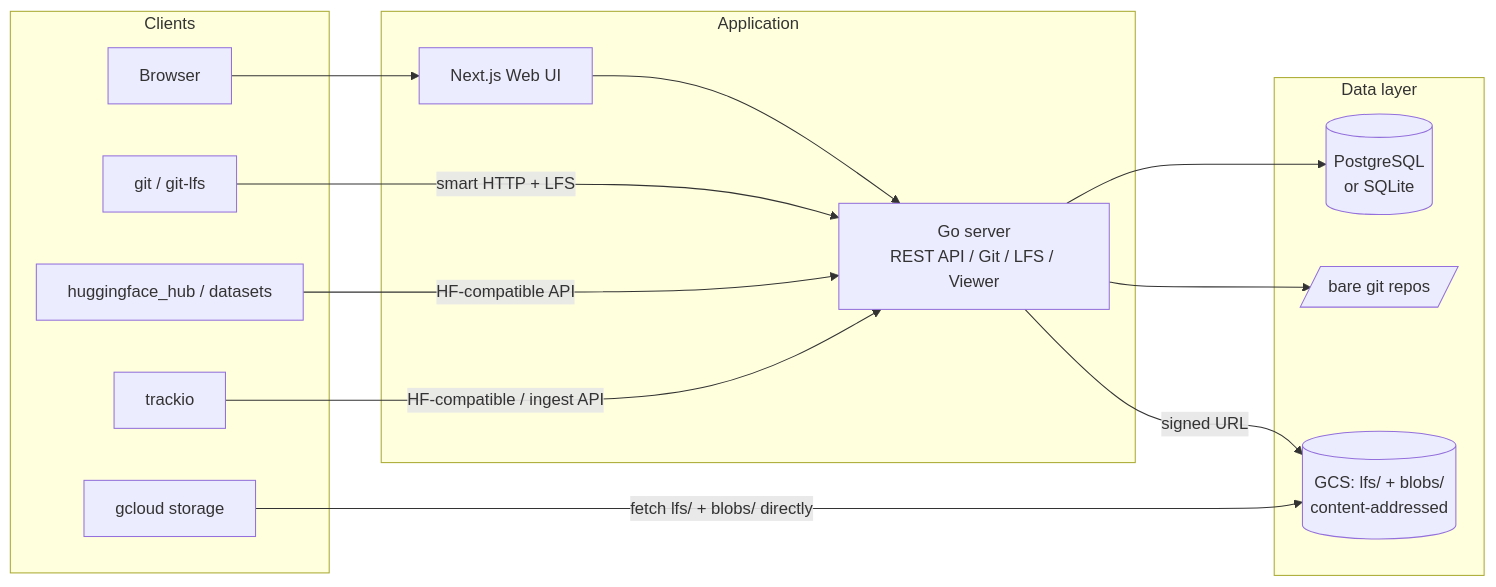
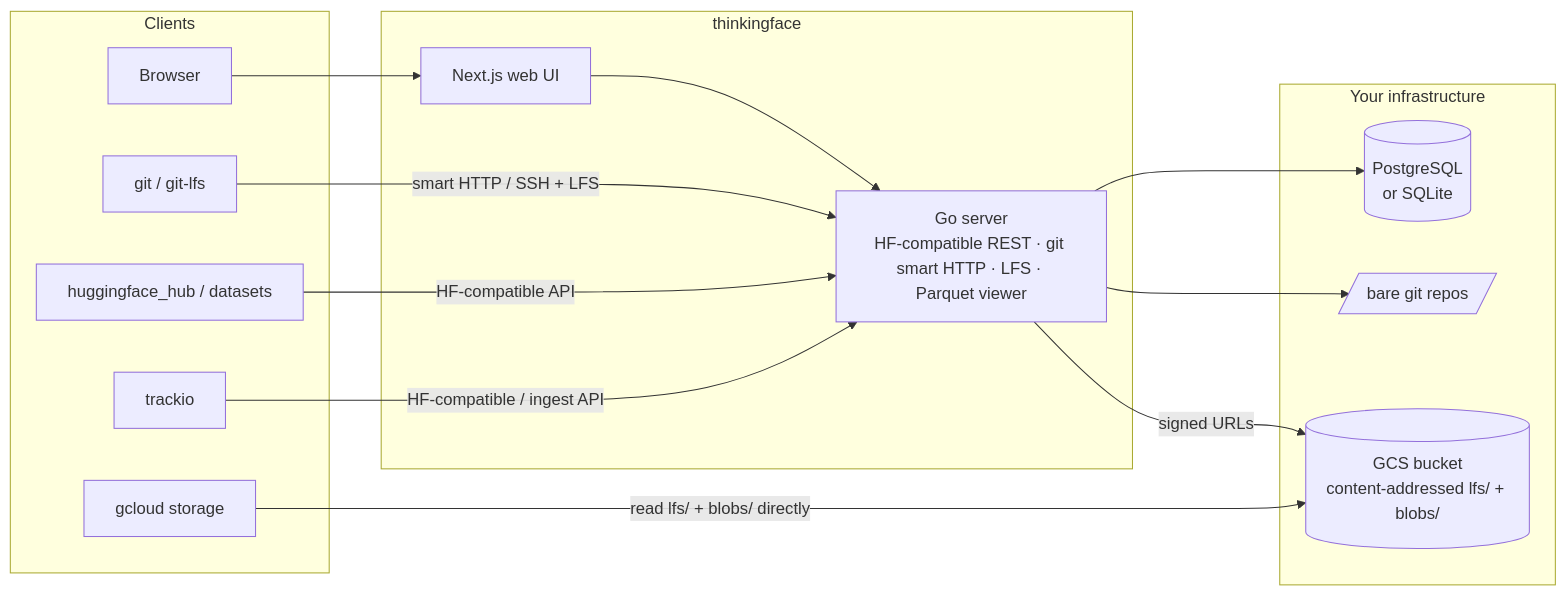
Before and after one commit to dotneet/thinkingface: the diagram in README.md, drawn with Mermaid. The commit also changed other lines of this file and 5 other files, not shown here.

````diff
--- a/README.md
+++ b/README.md
@@ -47,30 +131,30 @@
 ```mermaid
 flowchart LR
     subgraph clients[Clients]
         BR[Browser]
         GIT[git / git-lfs]
         PY[huggingface_hub / datasets]
         TR[trackio]
         GC[gcloud storage]
     end
 
-    subgraph app[Application]
-        WEB[Next.js Web UI]
-        API[Go server<br/>REST API / Git / LFS / Viewer]
+    subgraph app[thinkingface]
+        WEB[Next.js web UI]
+        API[Go server<br/>HF-compatible REST · git smart HTTP · LFS · Parquet viewer]
     end
 
-    subgraph data[Data layer]
+    subgraph data[Your infrastructure]
         PG[(PostgreSQL<br/>or SQLite)]
         REPO[/bare git repos/]
-        GCS[(GCS: lfs/ + blobs/<br/>content-addressed)]
+        GCS[(GCS bucket<br/>content-addressed lfs/ + blobs/)]
     end
 
     BR --> WEB --> API
-    GIT -->|smart HTTP + LFS| API
+    GIT -->|smart HTTP / SSH + LFS| API
     PY -->|HF-compatible API| API
     TR -->|HF-compatible / ingest API| API
     API --> PG
     API --> REPO
-    API -->|signed URL| GCS
-    GC -->|fetch lfs/ + blobs/ directly| GCS
+    API -->|signed URLs| GCS
+    GC -->|read lfs/ + blobs/ directly| GCS
 ```
````
